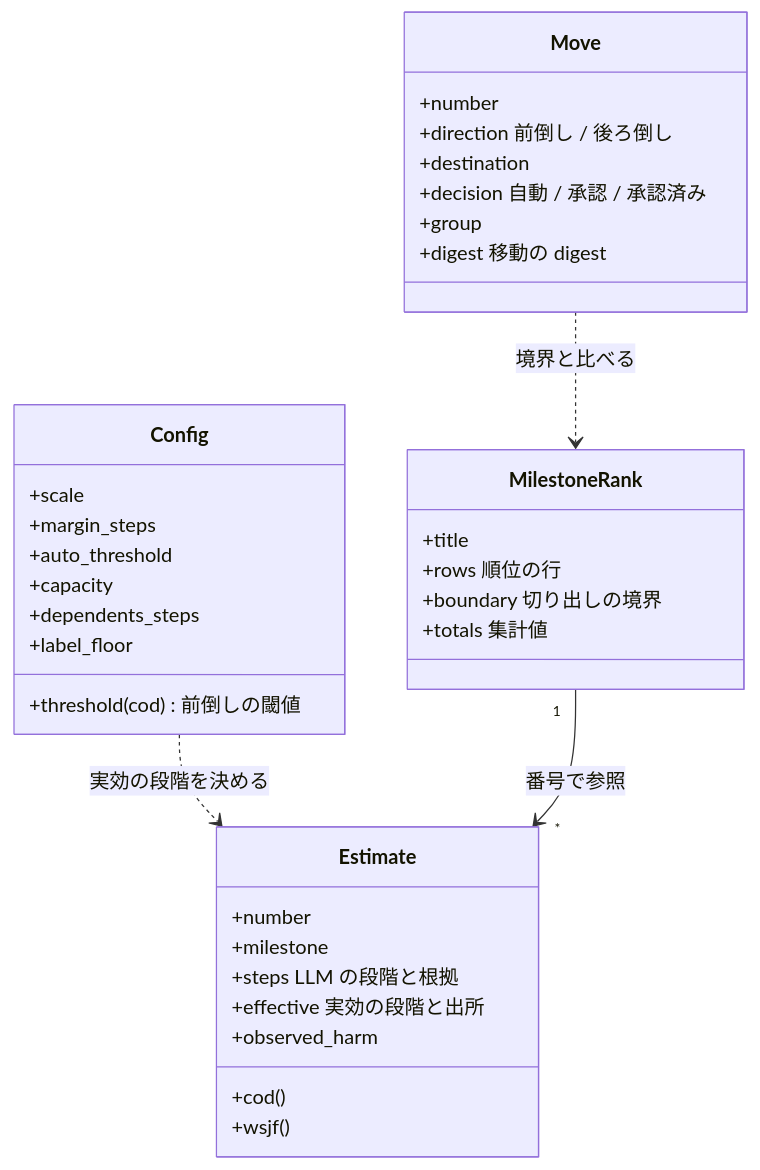
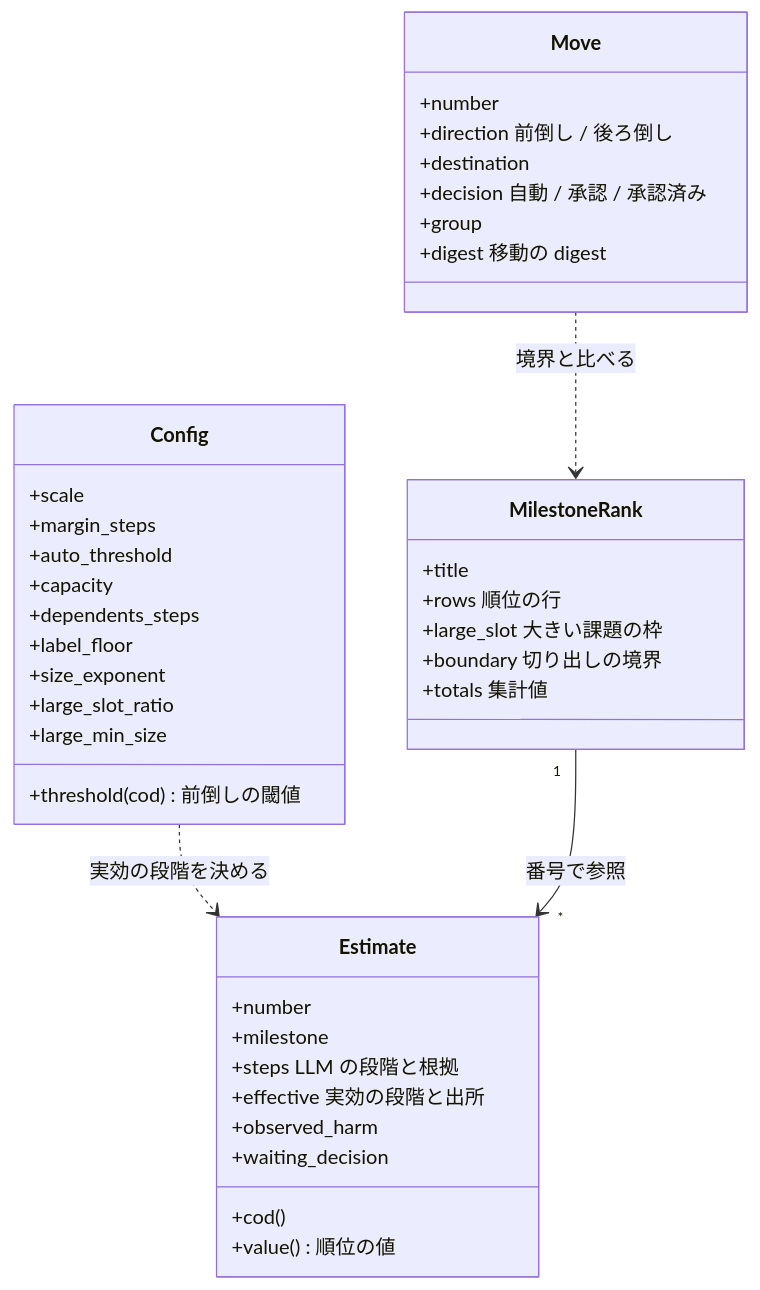
Before and after one commit to devbasex/ai-plugins: the second of 5 diagrams in issues/issue-1429-design.md, drawn with Mermaid. The commit also changed other lines of this file and 4 other files, not shown here.

````diff
--- a/issues/issue-1429-design.md
+++ b/issues/issue-1429-design.md
@@ -154,38 +168,43 @@
 ```mermaid
 classDiagram
     class Config {
         +scale
         +margin_steps
         +auto_threshold
         +capacity
         +dependents_steps
         +label_floor
+        +size_exponent
+        +large_slot_ratio
+        +large_min_size
         +threshold(cod) 前倒しの閾値
     }
     class Estimate {
         +number
         +milestone
         +steps LLM の段階と根拠
         +effective 実効の段階と出所
         +observed_harm
+        +waiting_decision
         +cod()
-        +wsjf()
+        +value() 順位の値
     }
     class MilestoneRank {
         +title
         +rows 順位の行
+        +large_slot 大きい課題の枠
         +boundary 切り出しの境界
         +totals 集計値
     }
     class Move {
         +number
         +direction 前倒し / 後ろ倒し
         +destination
         +decision 自動 / 承認 / 承認済み
         +group
         +digest 移動の digest
     }
     Config ..> Estimate : 実効の段階を決める
     MilestoneRank "1" --> "*" Estimate : 番号で参照
     Move ..> MilestoneRank : 境界と比べる
 ```
````
